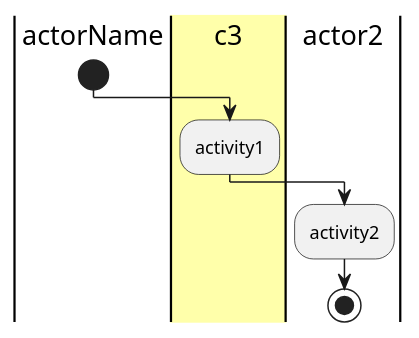
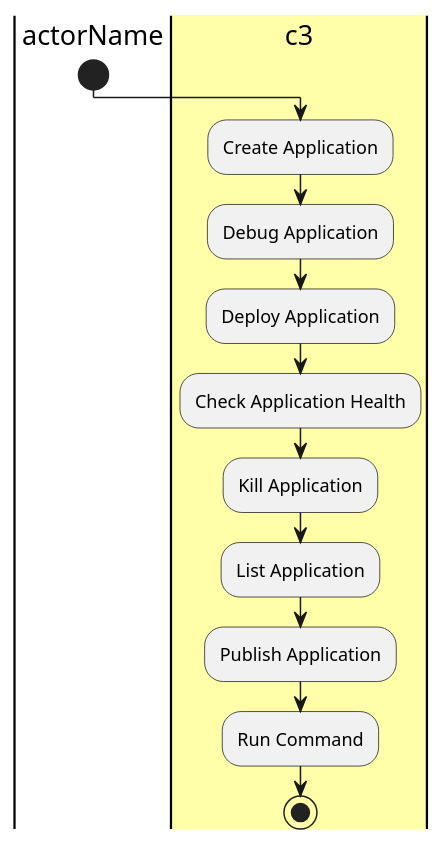
Before and after one commit to CAADE/C3: the diagram in docs/UseCases/Manage-Applications/Activities.puml, drawn with PlantUML. The commit also changed 102 other files, not shown here.

```diff
--- a/docs/UseCases/Manage-Applications/Activities.puml
+++ b/docs/UseCases/Manage-Applications/Activities.puml
@@ -1,9 +1,14 @@
 @startuml
 |actorName|
 start
 |#ffffaa|c3|
-:activity1;
-|actor2|
-:activity2;
+:Create Application;
+:Debug Application;
+:Deploy Application;
+:Check Application Health;
+:Kill Application;
+:List Application;
+:Publish Application;
+:Run Command;
 stop
 @enduml
```
